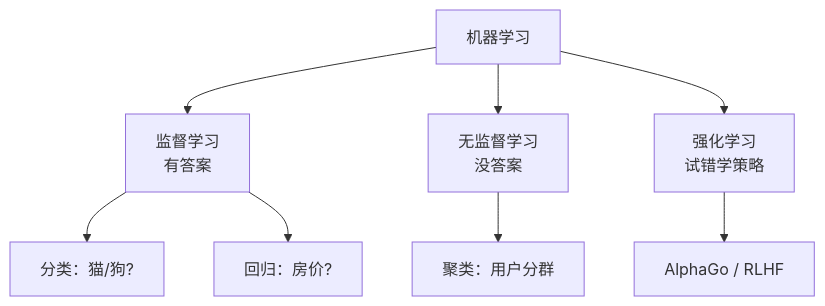
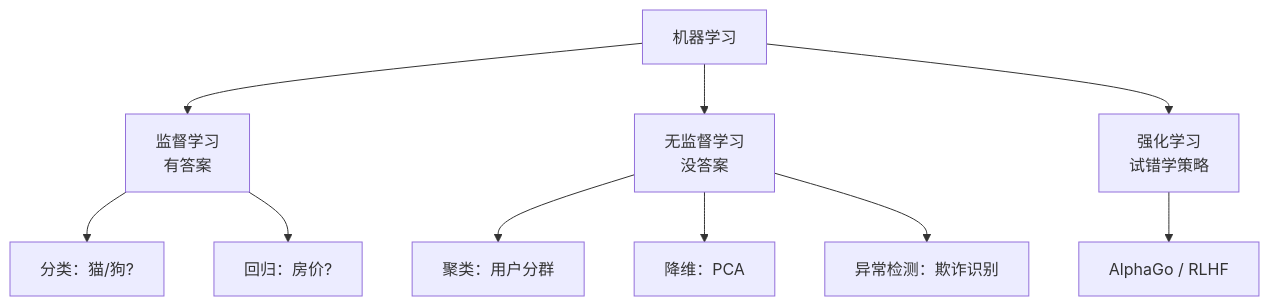
One commit to xuhaodong1/nihao-interview-doc changed the first of 3 diagrams in docs/machine-learning/basics.md. Above: the diagram before and after it, drawn with Mermaid. The commit also changed other lines of this file and 11 other files, not shown here.

````diff
--- a/docs/machine-learning/basics.md
+++ b/docs/machine-learning/basics.md
@@ -55,10 +55,12 @@
 ```mermaid
 graph TD
     A["机器学习"] --> B["监督学习<br/>有答案"]
     A --> C["无监督学习<br/>没答案"]
     A --> D["强化学习<br/>试错学策略"]
     B --> B1["分类：猫/狗?"]
     B --> B2["回归：房价?"]
     C --> C1["聚类：用户分群"]
+    C --> C2["降维：PCA"]
+    C --> C3["异常检测：欺诈识别"]
     D --> D1["AlphaGo / RLHF"]
 ```
````
